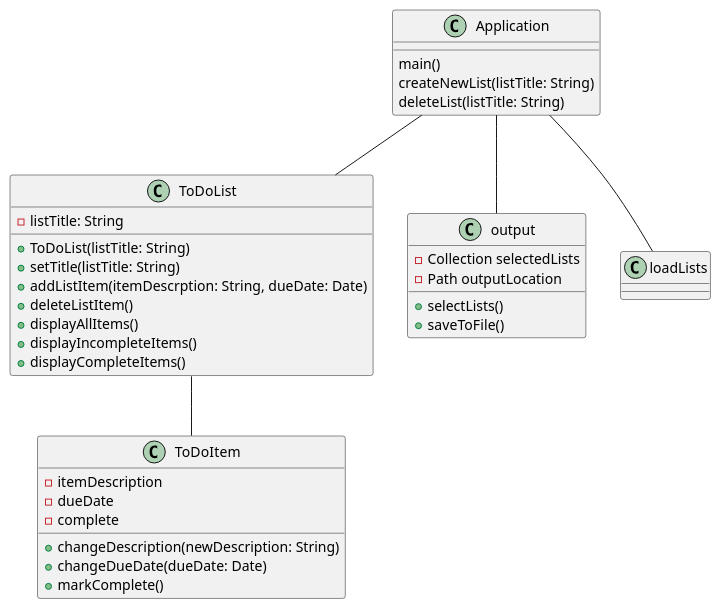
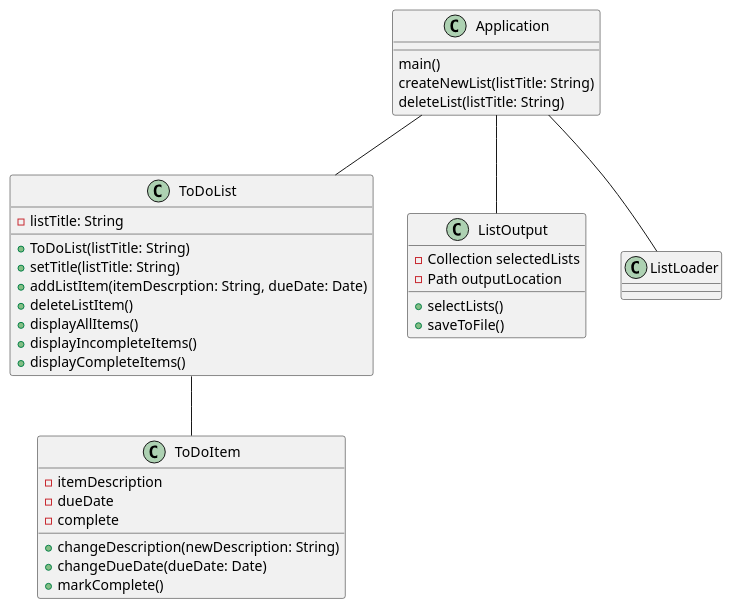
Before and after one commit to Perry-codes/perry-app1-design: the diagram in docs/ToDoList.puml, drawn with PlantUML. The commit also changed 17 other files, not shown here.

```diff
--- a/docs/ToDoList.puml
+++ b/docs/ToDoList.puml
@@ -1,48 +1,48 @@
 @startuml
 
 
 class ToDoList{
 -listTitle: String
     ' must be min 3 chars
 +ToDoList(listTitle: String)
 +setTitle(listTitle: String)
 +addListItem(itemDescrption: String, dueDate: Date)
 +deleteListItem()
 +displayAllItems()
 +displayIncompleteItems()
 +displayCompleteItems()
 }
 
 class ToDoItem{
 -itemDescription
 -dueDate
     ' formatted YYY-MM-DD
 -complete
 +changeDescription(newDescription: String)
 +changeDueDate(dueDate: Date)
 +markComplete()
 }
 
-class output{
+class ListOutput{
 -Collection selectedLists
 -Path outputLocation
 +selectLists()
 +saveToFile()
 }
 
-class loadLists{
+class ListLoader{
 
 }
 
 class Application{
 main()
 createNewList(listTitle: String)
 deleteList(listTitle: String)
 }
 
 Application -- ToDoList
 ToDoList -- ToDoItem
-Application -- output
-Application -- loadLists
+Application -- ListOutput
+Application -- ListLoader
 
 @enduml
```
